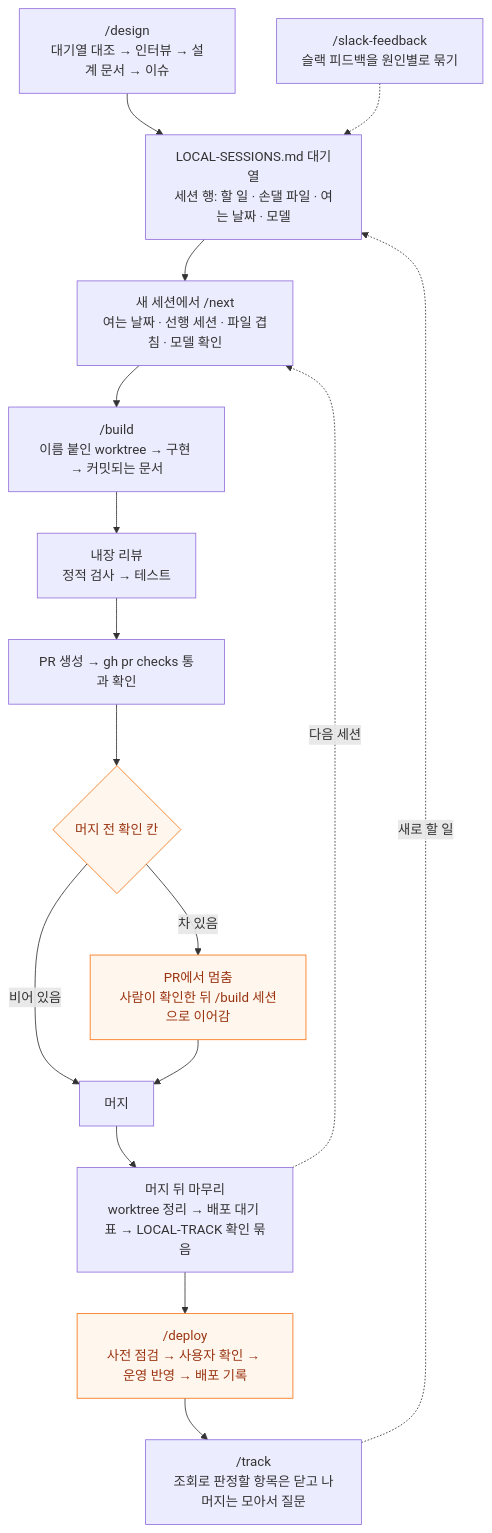
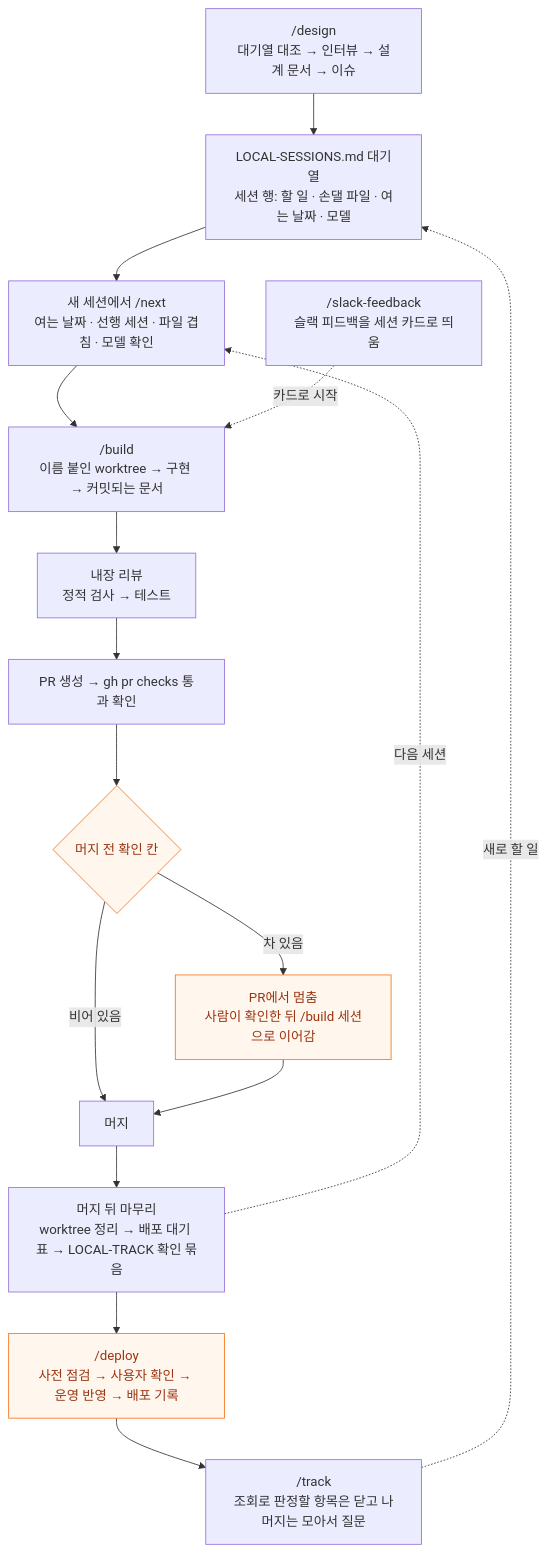
Before and after one commit to hyewon3938/build-with-ai: the diagram in workflow/system-map.md, drawn with Mermaid. The commit also changed other lines of this file and 4 other files, not shown here.

First line of the commit message:
docs: /slack-feedback이 대기열 대신 세션 카드로 보고하도록 변경

````diff
--- a/workflow/system-map.md
+++ b/workflow/system-map.md
@@ -86,21 +86,21 @@
 ```mermaid
 graph TD
     A["/design<br/>대기열 대조 → 인터뷰 → 설계 문서 → 이슈"] --> B["LOCAL-SESSIONS.md 대기열<br/>세션 행: 할 일 · 손댈 파일 · 여는 날짜 · 모델"]
     B --> C["새 세션에서 /next<br/>여는 날짜 · 선행 세션 · 파일 겹침 · 모델 확인"]
     C --> D["/build<br/>이름 붙인 worktree → 구현 → 커밋되는 문서"]
     D --> E["내장 리뷰<br/>정적 검사 → 테스트"]
     E --> F["PR 생성 → gh pr checks 통과 확인"]
     F --> G{"머지 전 확인 칸"}
     G -->|비어 있음| H["머지"]
     G -->|차 있음| P["PR에서 멈춤<br/>사람이 확인한 뒤 /build 세션으로 이어감"]
     P --> H
     H --> I["머지 뒤 마무리<br/>worktree 정리 → 배포 대기 표 → LOCAL-TRACK 확인 묶음"]
     I -.다음 세션.-> C
     I --> J["/deploy<br/>사전 점검 → 사용자 확인 → 운영 반영 → 배포 기록"]
     J --> K["/track<br/>조회로 판정할 항목은 닫고 나머지는 모아서 질문"]
     K -.새로 할 일.-> B
-    L["/slack-feedback<br/>슬랙 피드백을 원인별로 묶기"] -.-> B
+    L["/slack-feedback<br/>슬랙 피드백을 세션 카드로 띄움"] -.카드로 시작.-> D
 
     classDef gate fill:#fff7ed,stroke:#f97316,color:#9a3412
     class G,P,J gate
 ```
````
